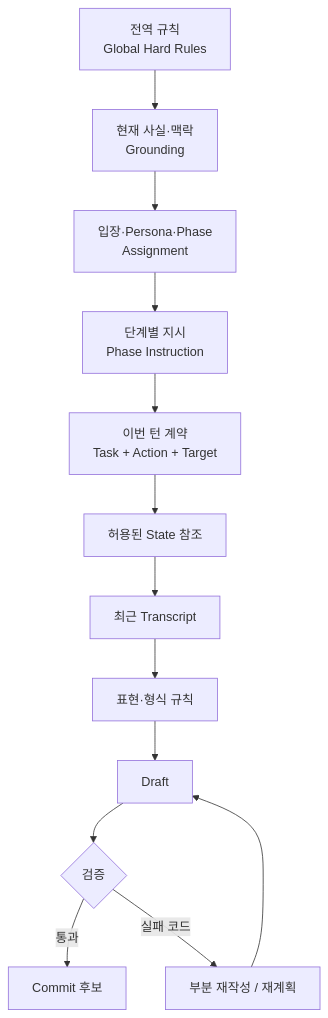
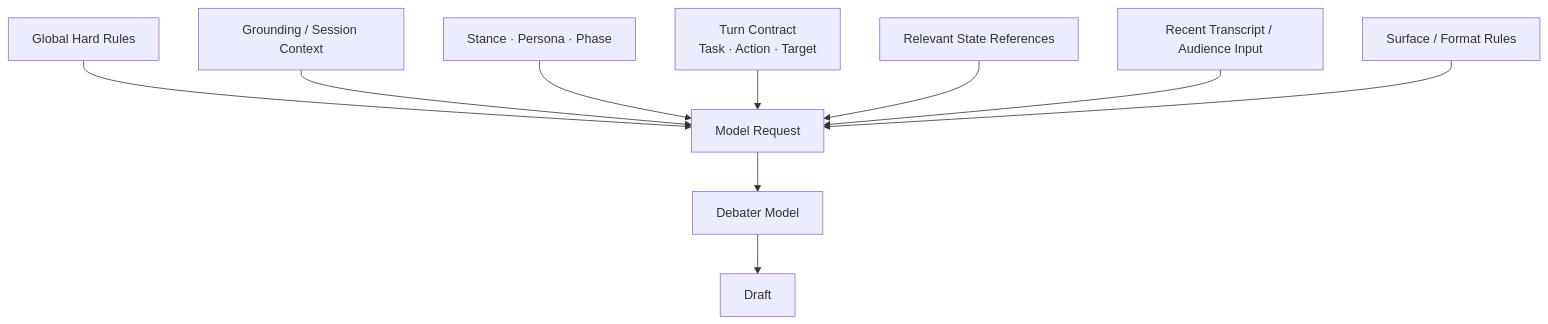
Before and after one commit to hodob/A1-3: the eighth of 11 diagrams in README.md, drawn with Mermaid. The commit also changed other lines of this file, not shown here.

Commit message:
docs: align debate flow explanations with runtime responsibilities

````diff
--- a/README.md
+++ b/README.md
@@ -417,15 +434,12 @@
 ```mermaid
 flowchart TD
-    A[전역 규칙<br/>Global Hard Rules] --> B[현재 사실·맥락<br/>Grounding]
-    B --> C[입장·Persona·Phase<br/>Assignment]
-    C --> D[단계별 지시<br/>Phase Instruction]
-    D --> E[이번 턴 계약<br/>Task + Action + Target]
-    E --> F[허용된 State 참조]
-    F --> G[최근 Transcript]
-    G --> H[표현·형식 규칙]
-    H --> I[Draft]
-    I --> J{검증}
-    J -->|통과| K[Commit 후보]
-    J -->|실패 코드| L[부분 재작성 / 재계획]
-    L --> I
+    A[Global Hard Rules] --> R[Model Request]
+    B[Grounding / Session Context] --> R
+    C[Stance · Persona · Phase] --> R
+    D[Turn Contract<br/>Task · Action · Target] --> R
+    E[Relevant State References] --> R
+    F[Recent Transcript / Audience Input] --> R
+    G[Surface / Format Rules] --> R
+    R --> M[Debater Model]
+    M --> O[Draft]
 ```
````
